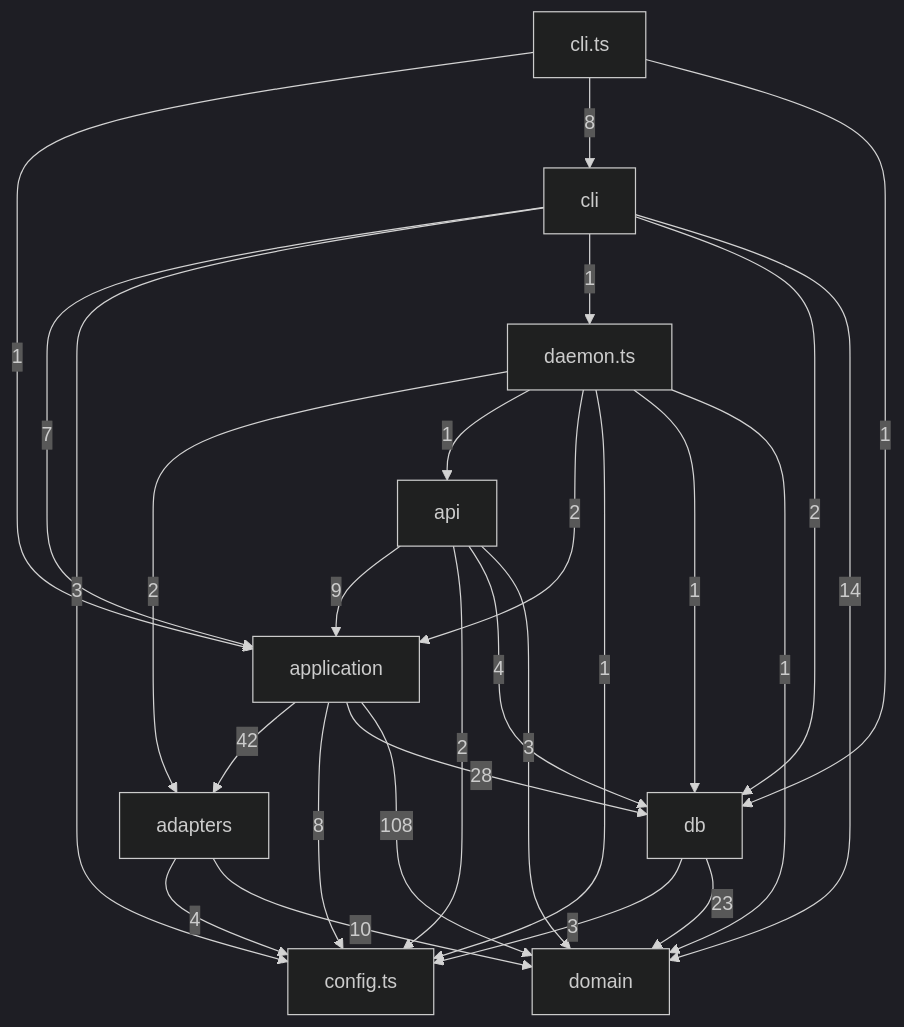
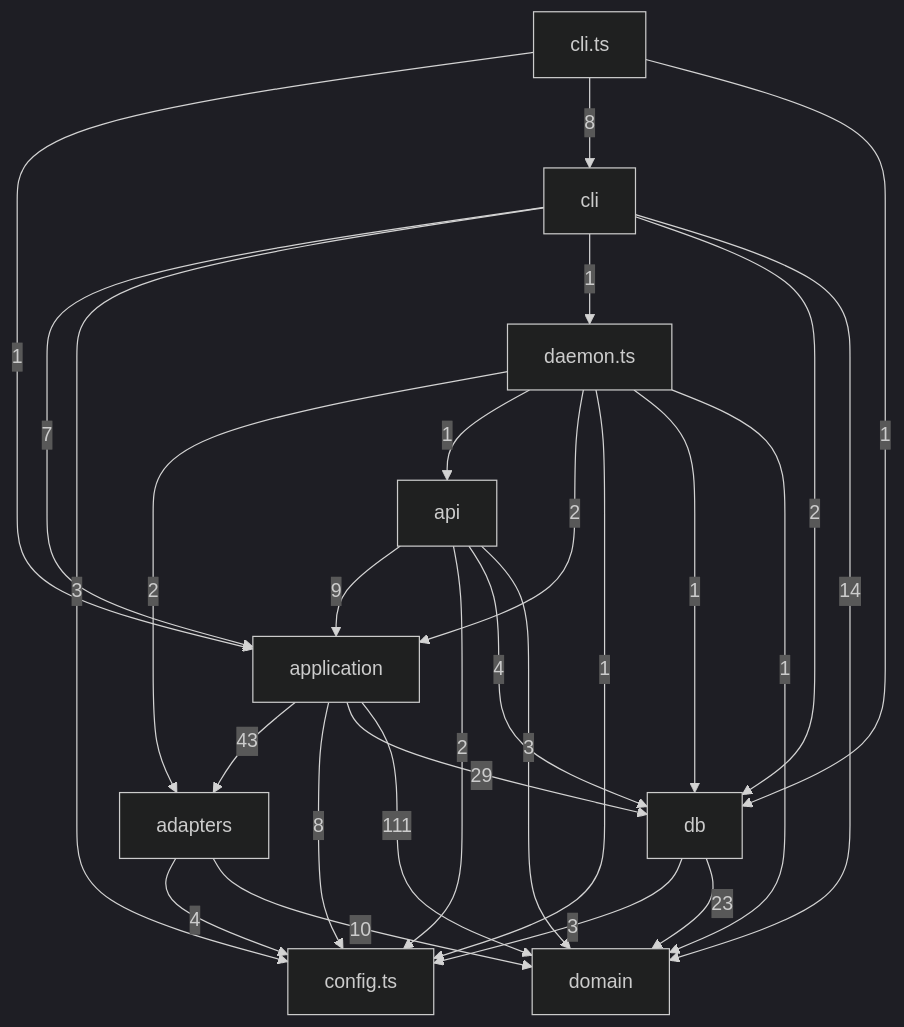
Before and after one commit to tomrobdev/agentdeck: the third of 5 diagrams in docs/architecture.md, drawn with Mermaid (dark theme). The commit also changed other lines of this file and 11 other files, not shown here.

````diff
--- a/docs/architecture.md
+++ b/docs/architecture.md
@@ -101,38 +101,38 @@
 ```mermaid
 flowchart TD
   adapters["adapters"]
   api["api"]
   application["application"]
   cli["cli"]
   cli_ts["cli.ts"]
   config_ts["config.ts"]
   daemon_ts["daemon.ts"]
   db["db"]
   domain["domain"]
   adapters -->|4| config_ts
   adapters -->|10| domain
   api -->|9| application
   api -->|2| config_ts
   api -->|4| db
   api -->|3| domain
-  application -->|42| adapters
+  application -->|43| adapters
   application -->|8| config_ts
-  application -->|28| db
-  application -->|108| domain
+  application -->|29| db
+  application -->|111| domain
   cli_ts -->|1| application
   cli_ts -->|8| cli
   cli_ts -->|1| db
   cli -->|7| application
   cli -->|3| config_ts
   cli -->|1| daemon_ts
   cli -->|2| db
   cli -->|14| domain
   daemon_ts -->|2| adapters
   daemon_ts -->|1| api
   daemon_ts -->|2| application
   daemon_ts -->|1| config_ts
   daemon_ts -->|1| db
   daemon_ts -->|1| domain
   db -->|3| config_ts
   db -->|23| domain
 ```
````
